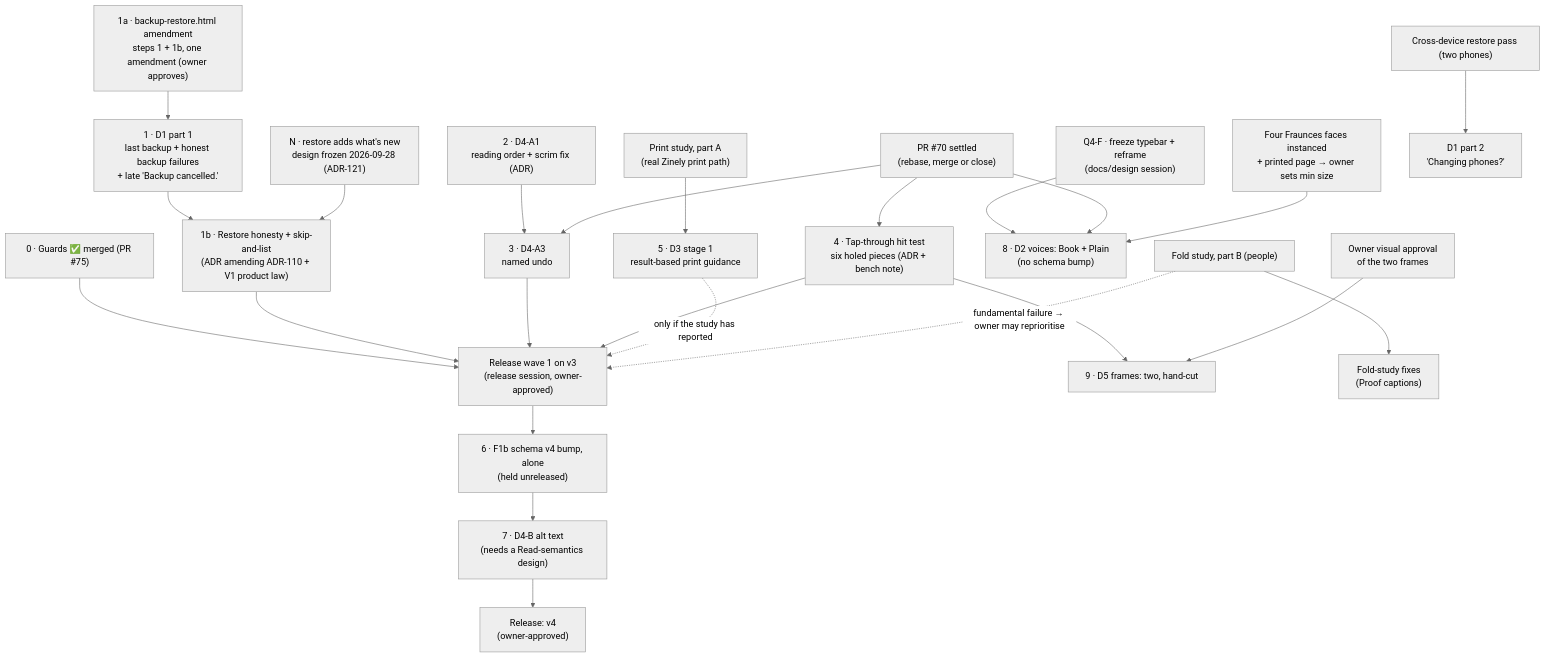
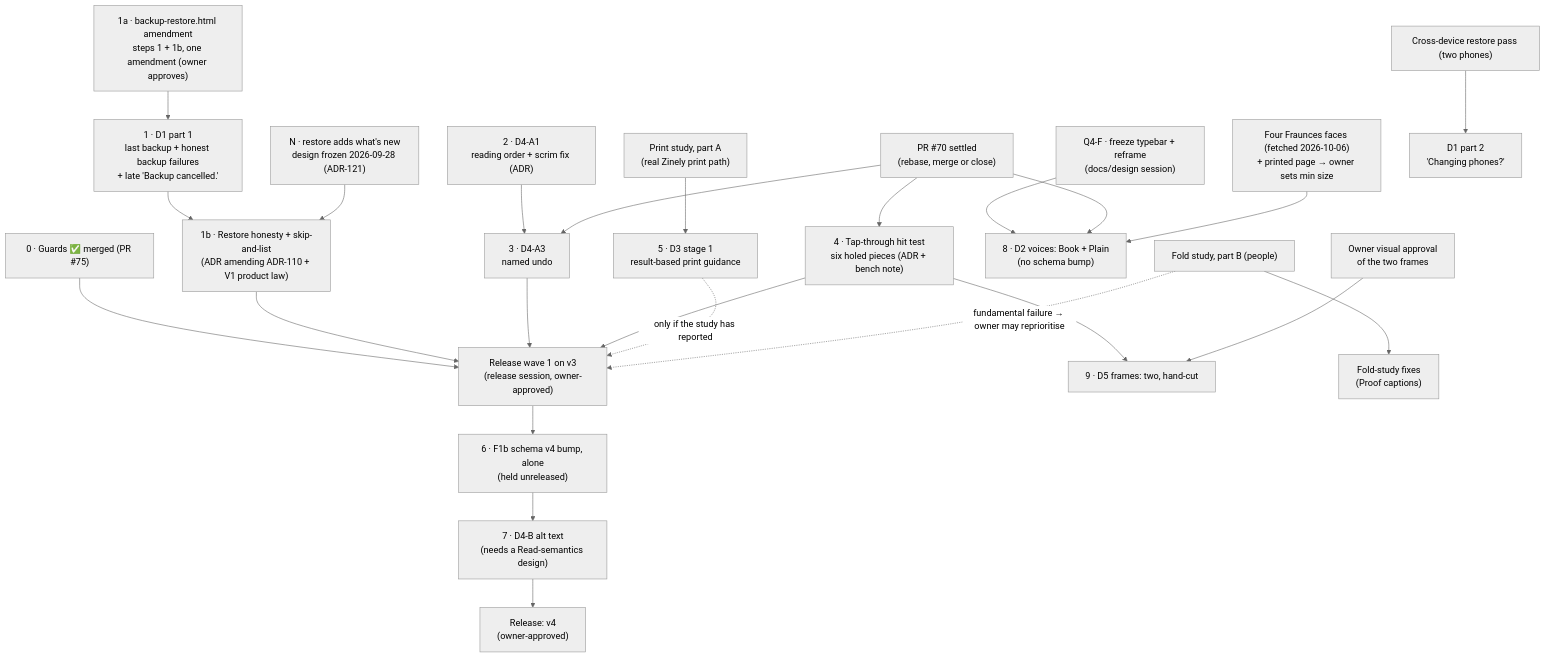
Before and after one commit to aritr-codes/zinely-android: the diagram in docs/planning/ZINELY-1X-IMPLEMENTATION-PLAN.md, drawn with Mermaid (neutral theme). The commit also changed other lines of this file and 6 other files, not shown here.

````diff
--- a/docs/planning/ZINELY-1X-IMPLEMENTATION-PLAN.md
+++ b/docs/planning/ZINELY-1X-IMPLEMENTATION-PLAN.md
@@ -313,27 +314,27 @@
 ```mermaid
 flowchart TB
     S0["0 · Guards ✅ merged (PR #75)"]
     A1["1a · backup-restore.html amendment<br/>steps 1 + 1b, one amendment (owner approves)"] --> S1["1 · D1 part 1<br/>last backup + honest backup failures<br/>+ late 'Backup cancelled.'"]
     S1 --> S1B["1b · Restore honesty + skip-and-list<br/>(ADR amending ADR-110 + V1 product law)"]
     SN["N · restore adds what's new<br/>design frozen 2026-09-28 (ADR-121)"] --> S1B
     S2["2 · D4-A1<br/>reading order + scrim fix (ADR)"] --> S3["3 · D4-A3<br/>named undo"]
     P70["PR #70 settled<br/>(rebase, merge or close)"] --> S3
     P70 --> S4["4 · Tap-through hit test<br/>six holed pieces (ADR + bench note)"]
     PS["Print study, part A<br/>(real Zinely print path)"] --> S5["5 · D3 stage 1<br/>result-based print guidance"]
     S0 --> REL
     S1B --> REL
     S3 --> REL
     S4 --> REL
     S5 -. "only if the study has reported" .-> REL["Release wave 1 on v3<br/>(release session, owner-approved)"]
     REL --> S6["6 · F1b schema v4 bump, alone<br/>(held unreleased)"]
     S6 --> S7["7 · D4-B alt text<br/>(needs a Read-semantics design)"]
     S7 --> REL4["Release: v4<br/>(owner-approved)"]
     Q4F["Q4-F · freeze typebar + reframe<br/>(docs/design session)"] --> S8["8 · D2 voices: Book + Plain<br/>(no schema bump)"]
     P70 --> S8
-    FA["Four Fraunces faces instanced<br/>+ printed page → owner sets min size"] --> S8
+    FA["Four Fraunces faces (fetched 2026-10-06)<br/>+ printed page → owner sets min size"] --> S8
     S4 --> S9["9 · D5 frames: two, hand-cut"]
     OV["Owner visual approval<br/>of the two frames"] --> S9
     XD["Cross-device restore pass (two phones)"] --> D1P2["D1 part 2<br/>'Changing phones?'"]
     FS["Fold study, part B (people)"] --> FX["Fold-study fixes<br/>(Proof captions)"]
     FS -. "fundamental failure → owner may reprioritise" .-> REL
 ```
````
